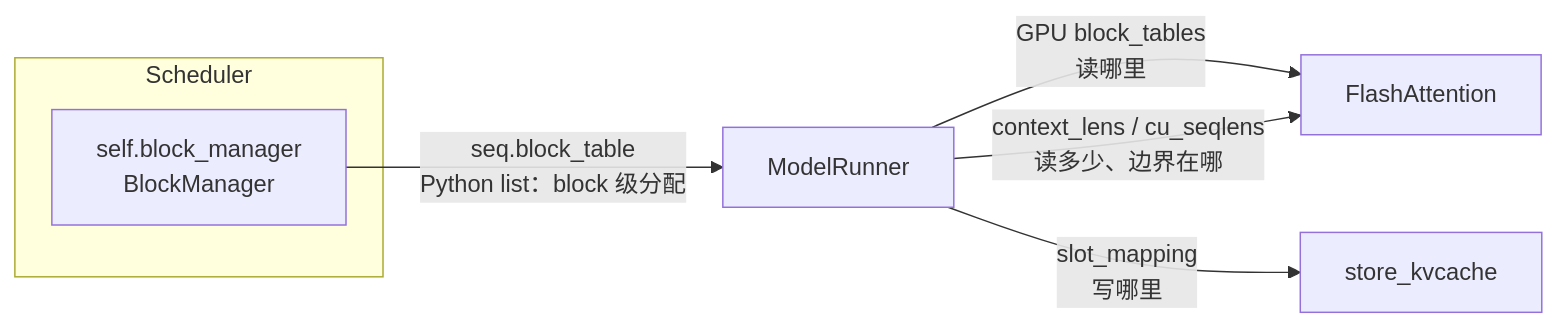
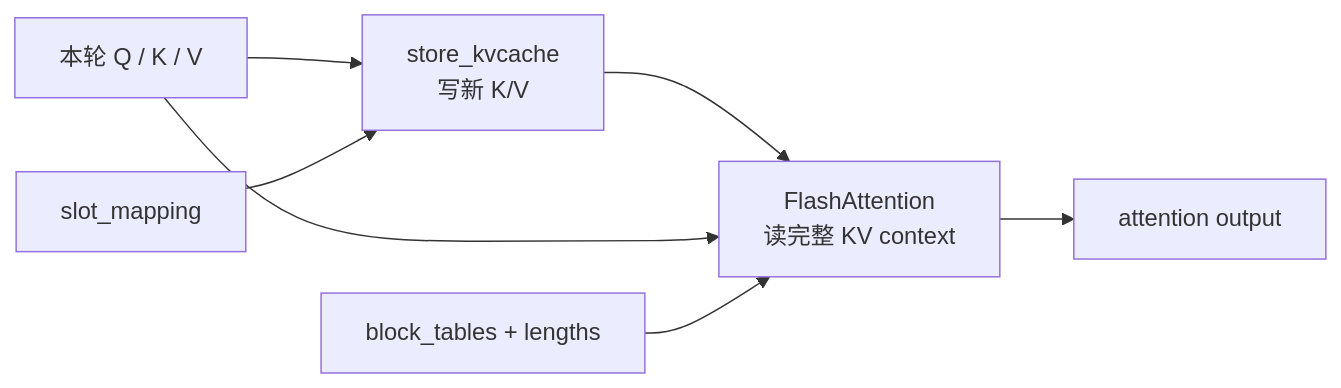
The second of 2 diagrams in docs/01 推理框架与Attention Kernel的数据链路.md (vivian-9907/nano-vllm), drawn with Mermaid before and after one commit. The commit also changed other lines of this file and 7 other files, not shown here.

````diff
--- a/docs/01 推理框架与Attention Kernel的数据链路.md
+++ b/docs/01 推理框架与Attention Kernel的数据链路.md
@@ -49,10 +191,16 @@
 ```mermaid
 flowchart LR
-    subgraph SCH2["Scheduler"]
-        BM2["self.block_manager<br/>BlockManager"]
-    end
-    BM2 -->|"seq.block_table<br/>Python list：block 级分配"| MR2["ModelRunner"]
-    MR2 -->|"GPU block_tables<br/>读哪里"| FA["FlashAttention"]
-    MR2 -->|"slot_mapping<br/>写哪里"| SK["store_kvcache"]
-    MR2 -->|"context_lens / cu_seqlens<br/>读多少、边界在哪"| FA
+    Q["本轮 Q / K / V"]
+    M["slot_mapping"]
+    S["store_kvcache<br/>写新 K/V"]
+    BT["block_tables + lengths"]
+    FA["FlashAttention<br/>读完整 KV context"]
+    O["attention output"]
+
+    Q --> S
+    M --> S
+    S --> FA
+    Q --> FA
+    BT --> FA
+    FA --> O
 ```
````
